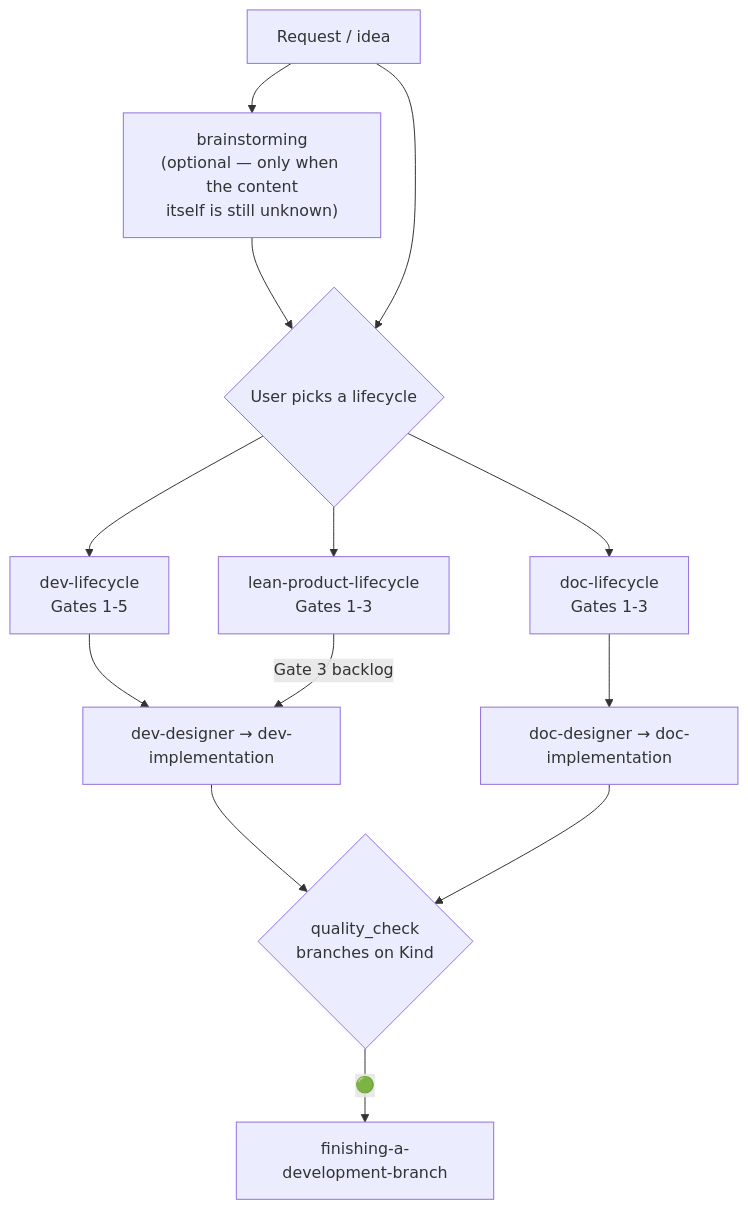
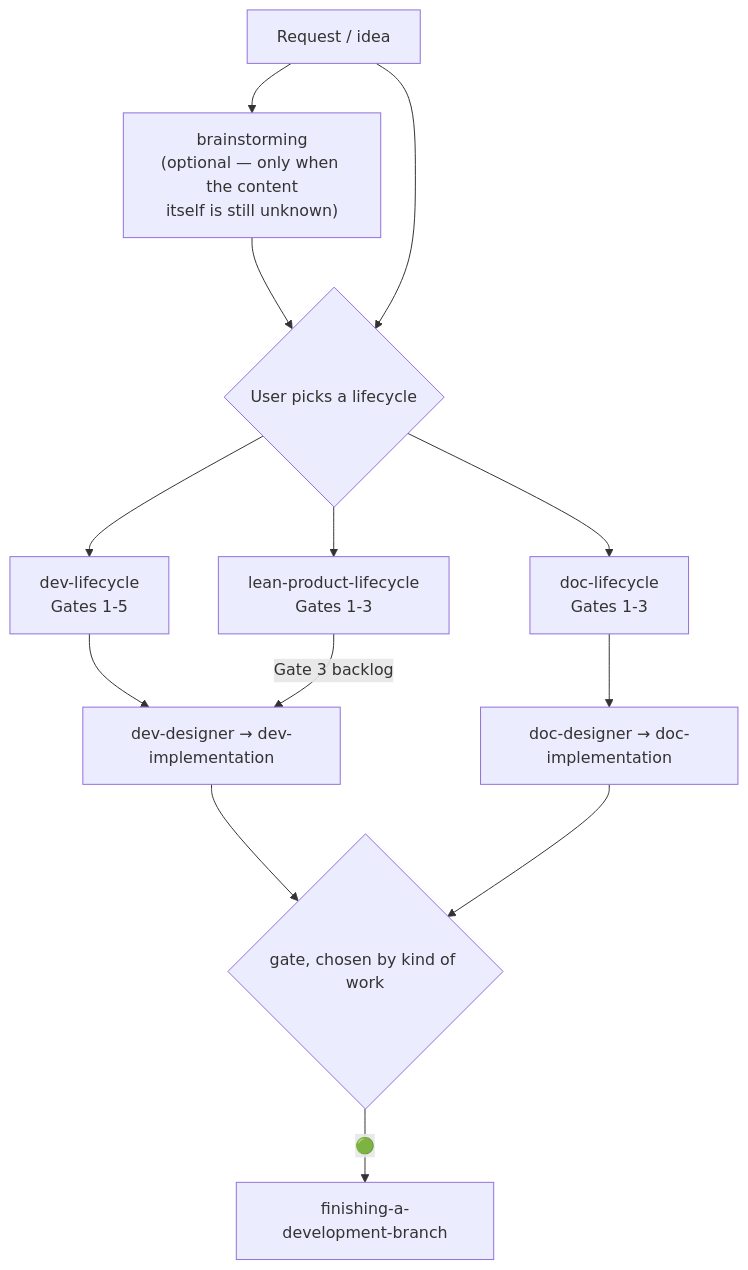
One commit to DanhDue/ai-agent-tools changed the diagram in .devtool/epic/document_lifecycle_suite/2026-09-17-document-lifecycle-suite-design.md. Above: the diagram before and after it, drawn with Mermaid. The commit also changed other lines of this file and 20 other files, not shown here.

First line of the commit message:
[DOC_LIFECYCLE] Add the doc_quality_check skill

````diff
--- a/.devtool/epic/document_lifecycle_suite/2026-09-17-document-lifecycle-suite-design.md
+++ b/.devtool/epic/document_lifecycle_suite/2026-09-17-document-lifecycle-suite-design.md
@@ -81,22 +82,22 @@
 ```mermaid
 flowchart TD
     IDEA["Request / idea"]
     BS["brainstorming<br/>(optional — only when the content<br/>itself is still unknown)"]
     PICK{"User picks a lifecycle"}
 
     DEV["dev-lifecycle<br/>Gates 1-5"]
     DOC["doc-lifecycle<br/>Gates 1-3"]
     LEAN["lean-product-lifecycle<br/>Gates 1-3"]
 
     DD["dev-designer → dev-implementation"]
     DOCD["doc-designer → doc-implementation"]
-    QC{"quality_check<br/>branches on Kind"}
+    QC{"gate, chosen by kind of work"}
     FIN["finishing-a-development-branch"]
 
     IDEA --> BS --> PICK
     IDEA --> PICK
     PICK --> DEV --> DD --> QC
     PICK --> DOC --> DOCD --> QC
     PICK --> LEAN -->|"Gate 3 backlog"| DD
     QC -->|"🟢"| FIN
 ```
````
